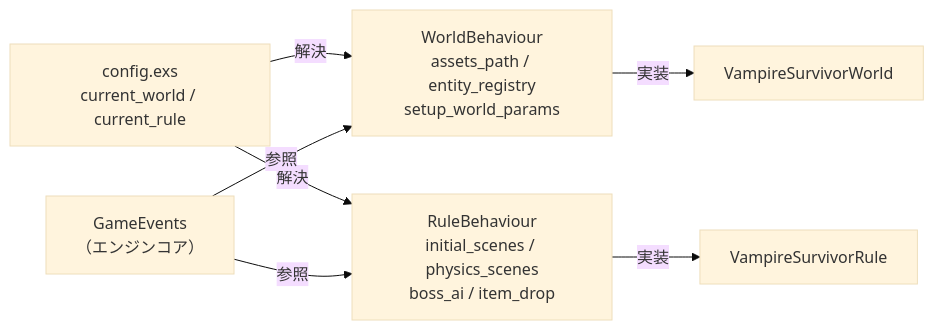
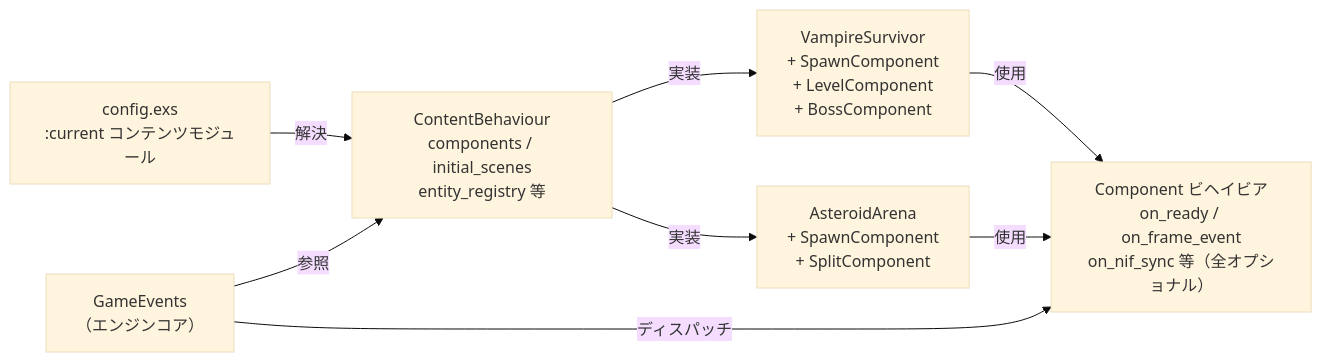
Before and after one commit to FRICK-ELDY/alchemy-engine: the fourth of 4 diagrams in docs/architecture-overview.md, drawn with Mermaid (base theme). The commit also changed other lines of this file and 4 other files, not shown here.

First line of the commit message:
docs: ContentBehaviour/Component 設計への移行を全ドキュメントに反映

````diff
--- a/docs/architecture-overview.md
+++ b/docs/architecture-overview.md
@@ -251,16 +274,17 @@
 ```mermaid
 graph LR
-    CFG["config.exs\ncurrent_world / current_rule"]
-    WB["WorldBehaviour\nassets_path / entity_registry\nsetup_world_params"]
-    RB["RuleBehaviour\ninitial_scenes / physics_scenes\nboss_ai / item_drop"]
+    CFG["config.exs\n:current コンテンツモジュール"]
+    CB["ContentBehaviour\ncomponents / initial_scenes\nentity_registry 等"]
+    COMP["Component ビヘイビア\non_ready / on_frame_event\non_nif_sync 等（全オプショナル）"]
     GE["GameEvents\n（エンジンコア）"]
-    VS_W["VampireSurvivorWorld"]
-    VS_R["VampireSurvivorRule"]
+    VS["VampireSurvivor\n+ SpawnComponent\n+ LevelComponent\n+ BossComponent"]
+    AA["AsteroidArena\n+ SpawnComponent\n+ SplitComponent"]
 
-    CFG -->|解決| WB
-    CFG -->|解決| RB
-    WB -->|実装| VS_W
-    RB -->|実装| VS_R
-    GE -->|参照| WB
-    GE -->|参照| RB
+    CFG -->|解決| CB
+    CB -->|実装| VS
+    CB -->|実装| AA
+    VS -->|使用| COMP
+    AA -->|使用| COMP
+    GE -->|参照| CB
+    GE -->|ディスパッチ| COMP
 ```
````
